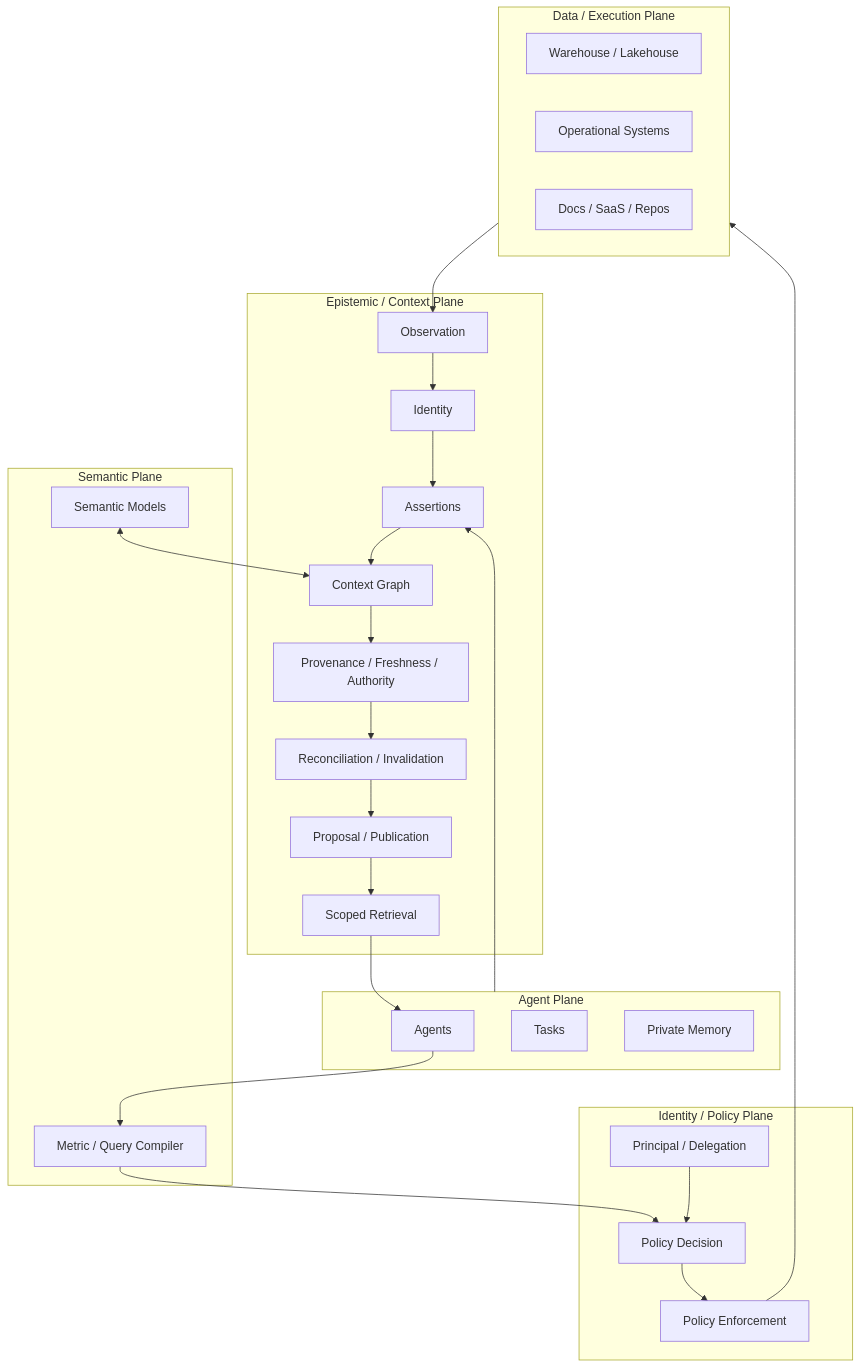
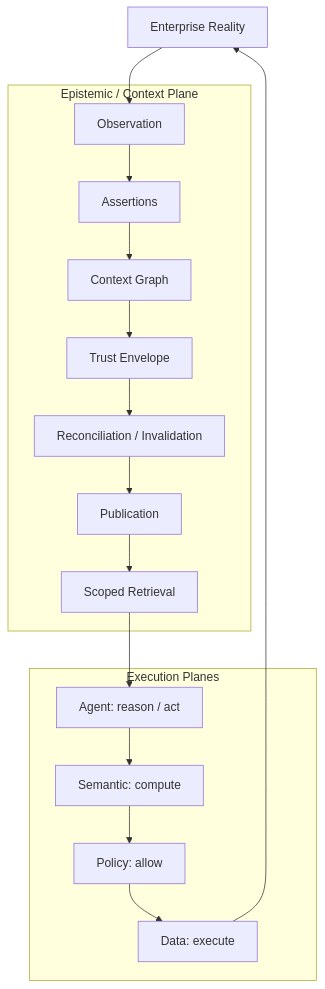
Before and after one commit to XiaoWeiKIN/datahub-research: the first of 2 diagrams in README.md, drawn with Mermaid. The commit also changed other lines of this file, not shown here.

```diff
--- a/README.md
+++ b/README.md
@@ -23,47 +24,25 @@
 ~~~mermaid
 flowchart TB
-    subgraph DP[Data / Execution Plane]
-        WH[Warehouse / Lakehouse]
-        OPS[Operational Systems]
-        DOC[Docs / SaaS / Repos]
-    end
+    REAL[Enterprise Reality]
 
     subgraph EP[Epistemic / Context Plane]
         OBS[Observation]
-        ID[Identity]
         ASSERT[Assertions]
-        CG[Context Graph]
-        TRUST[Provenance / Freshness / Authority]
+        GRAPH[Context Graph]
+        TRUST[Trust Envelope]
         REC[Reconciliation / Invalidation]
-        PUB[Proposal / Publication]
+        PUB[Publication]
         RET[Scoped Retrieval]
     end
 
-    subgraph SP[Semantic Plane]
-        SM[Semantic Models]
-        COMP[Metric / Query Compiler]
+    subgraph OTHER[Execution Planes]
+        SEM[Semantic: compute]
+        POLICY[Policy: allow]
+        DATA[Data: execute]
+        AG[Agent: reason / act]
     end
 
-    subgraph PP[Identity / Policy Plane]
-        PRI[Principal / Delegation]
-        PDP[Policy Decision]
-        PEP[Policy Enforcement]
-    end
-
-    subgraph AP[Agent Plane]
-        AG[Agents]
-        TASK[Tasks]
-        MEM[Private Memory]
-    end
-
-    DP --> OBS --> ID --> ASSERT --> CG
-    CG --> TRUST --> REC --> PUB --> RET
-    RET --> AG
-
-    SM <--> CG
-    AG --> COMP --> PDP
-    PRI --> PDP
-    PDP --> PEP --> DP
-
-    AP --> ASSERT
+    REAL --> OBS --> ASSERT --> GRAPH --> TRUST --> REC --> PUB --> RET --> AG
+    AG --> SEM --> POLICY --> DATA
+    DATA --> REAL
 ~~~
```
